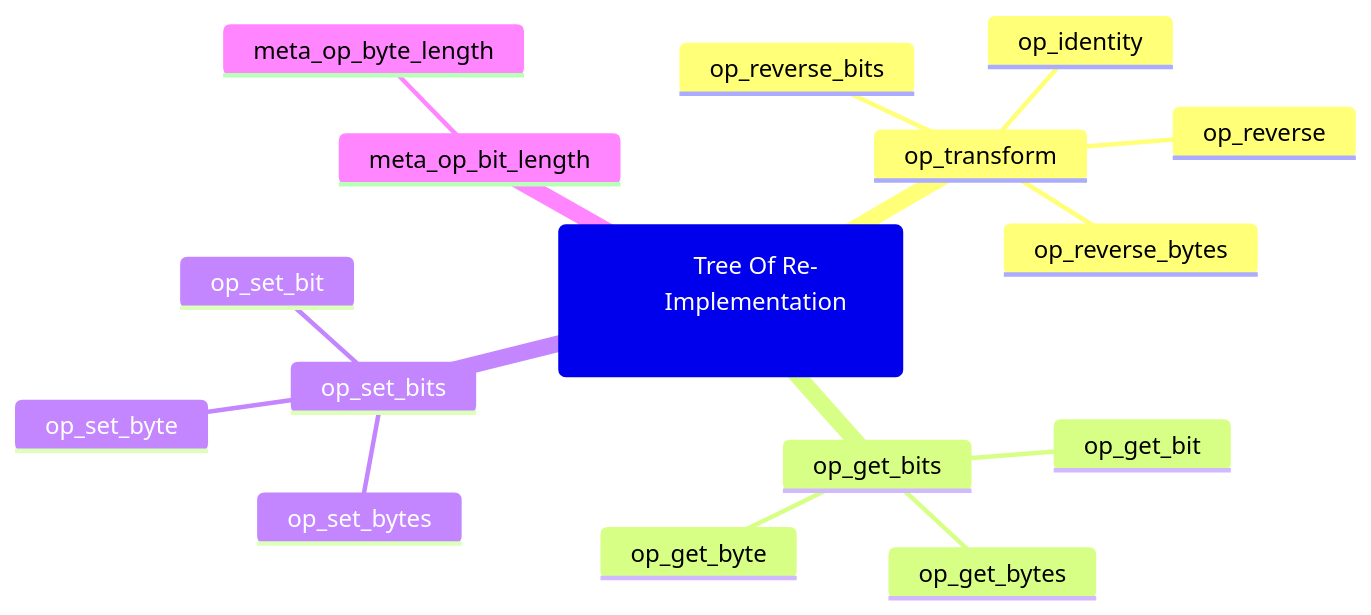
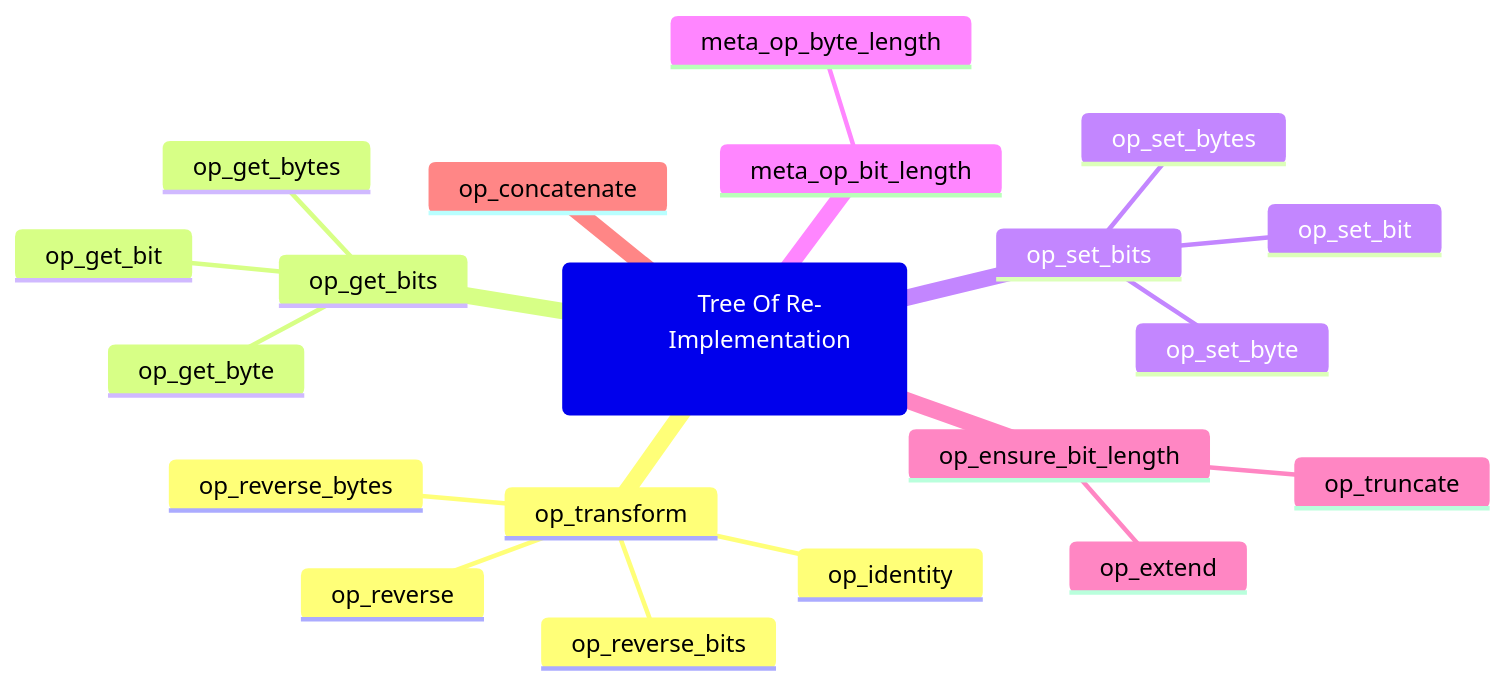
Before and after one commit to Pebaz/tidbytes: the fourth of 5 diagrams in README.md, drawn with Mermaid. The commit also changed other lines of this file and 2 other files, not shown here.

Commit message:
Update Readme Diagrams

````diff
--- a/README.md
+++ b/README.md
@@ -224,22 +265,26 @@
 ```mermaid
 mindmap
     root("
         Tree Of Re-
         Implementation
     ")
         op_transform
             op_identity
             op_reverse
             op_reverse_bytes
             op_reverse_bits
         op_get_bits
             op_get_bit
             op_get_byte
             op_get_bytes
         op_set_bits
             op_set_bit
             op_set_byte
             op_set_bytes
         meta_op_bit_length
             meta_op_byte_length
+        op_ensure_bit_length
+            op_truncate
+            op_extend
+        op_concatenate
 ```
````
